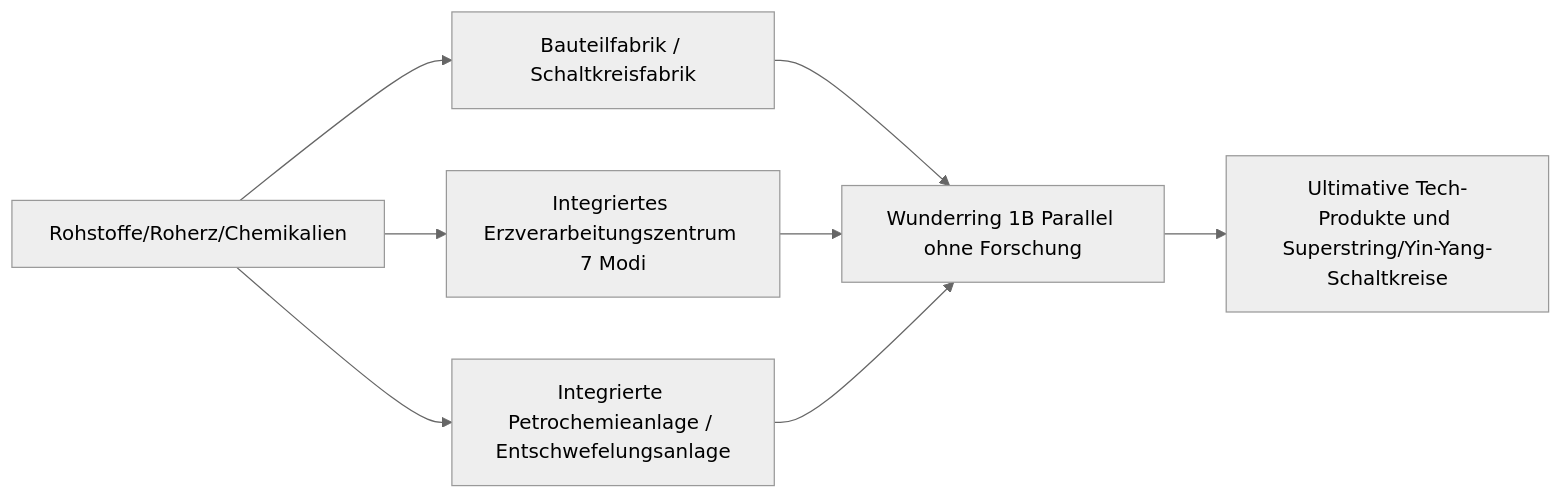
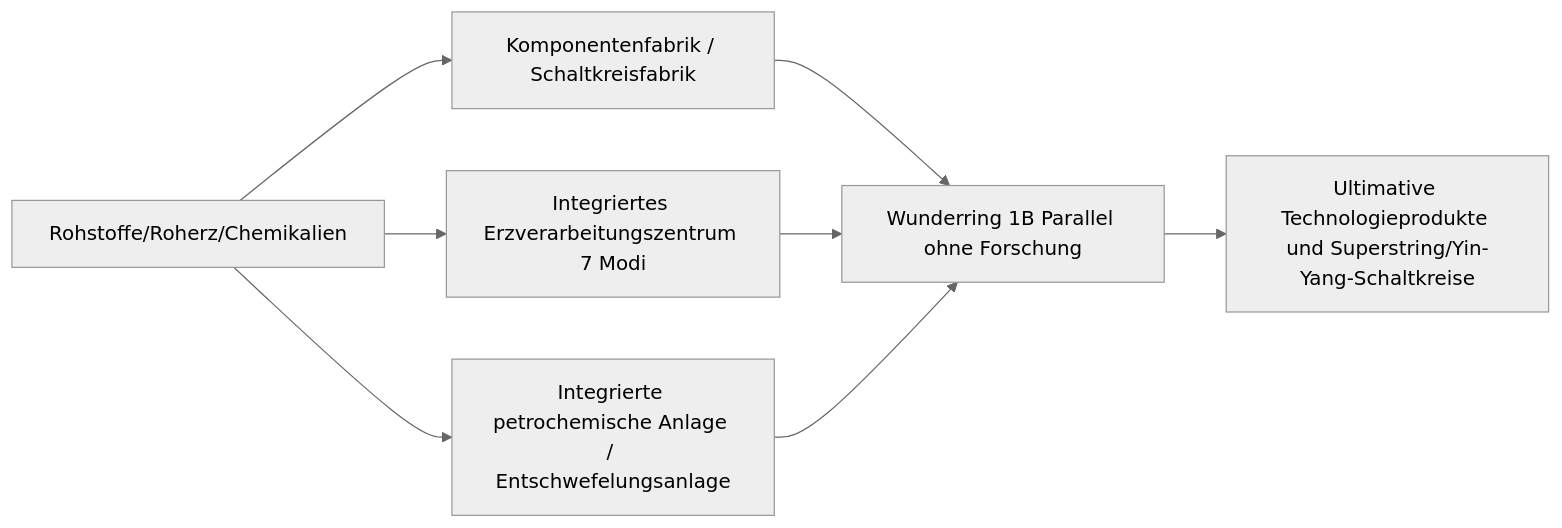
The diagram in docs/de/gtecore/machines-and-multiblocks.md (takanashisatou/GregtechEasy), drawn with Mermaid (neutral theme) before and after one commit. The commit also changed other lines of this file and 138 other files, not shown here.

````diff
--- a/docs/de/gtecore/machines-and-multiblocks.md
+++ b/docs/de/gtecore/machines-and-multiblocks.md
@@ -27,8 +27,8 @@
 ```mermaid
 graph LR
-    A[Rohstoffe/Roherz/Chemikalien] --> B[Bauteilfabrik / Schaltkreisfabrik]
+    A[Rohstoffe/Roherz/Chemikalien] --> B[Komponentenfabrik / Schaltkreisfabrik]
     A --> C[Integriertes Erzverarbeitungszentrum 7 Modi]
-    A --> D[Integrierte Petrochemieanlage / Entschwefelungsanlage]
+    A --> D[Integrierte petrochemische Anlage / Entschwefelungsanlage]
     B & C & D --> E[Wunderring 1B Parallel ohne Forschung]
-    E --> F[Ultimative Tech-Produkte und Superstring/Yin-Yang-Schaltkreise]
+    E --> F[Ultimative Technologieprodukte und Superstring/Yin-Yang-Schaltkreise]
 ```
````
